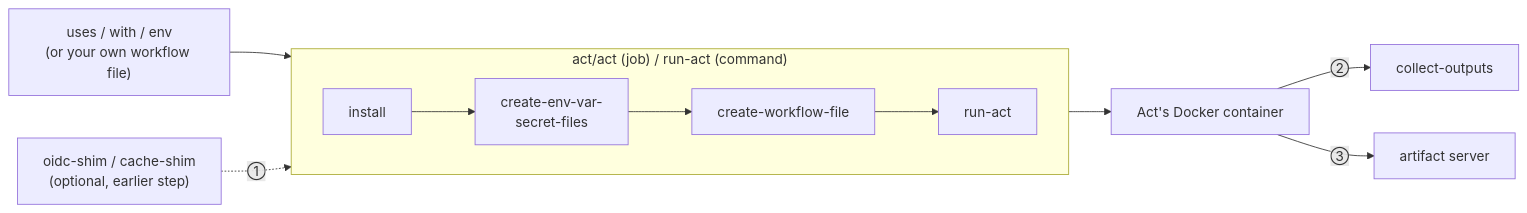
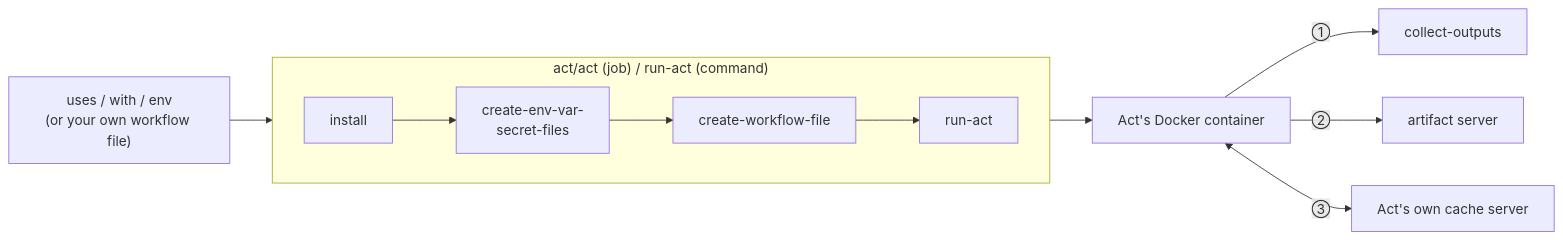
Before and after one commit to CircleCI-Labs/act-orb: the diagram in README.md, drawn with Mermaid. The commit also changed other lines of this file and 63 other files, not shown here.

````diff
--- a/README.md
+++ b/README.md
@@ -131,15 +105,14 @@
 ```mermaid
 flowchart LR
     A1["uses / with / env<br/>(or your own workflow file)"] --> ACTCMD
-
-    SHIM["oidc-shim / cache-shim<br/>(optional, earlier step)"] -. "①" .-> ACTCMD
 
     subgraph ACTCMD["act/act (job) / run-act (command)"]
         direction LR
         INSTALL["install"] --> CEVSF["create-env-var-<br/>secret-files"] --> CWF["create-workflow-file"] --> RA["run-act"]
     end
 
     RA --> CONTAINER["Act's Docker container"]
-    CONTAINER -->|"②"| COLLECT["collect-outputs"]
-    CONTAINER -->|"③"| ARTSRV["artifact server"]
+    CONTAINER -->|"①"| COLLECT["collect-outputs"]
+    CONTAINER -->|"②"| ARTSRV["artifact server"]
+    CONTAINER <-->|"③"| CACHESRV["Act's own cache server"]
 ```
````
